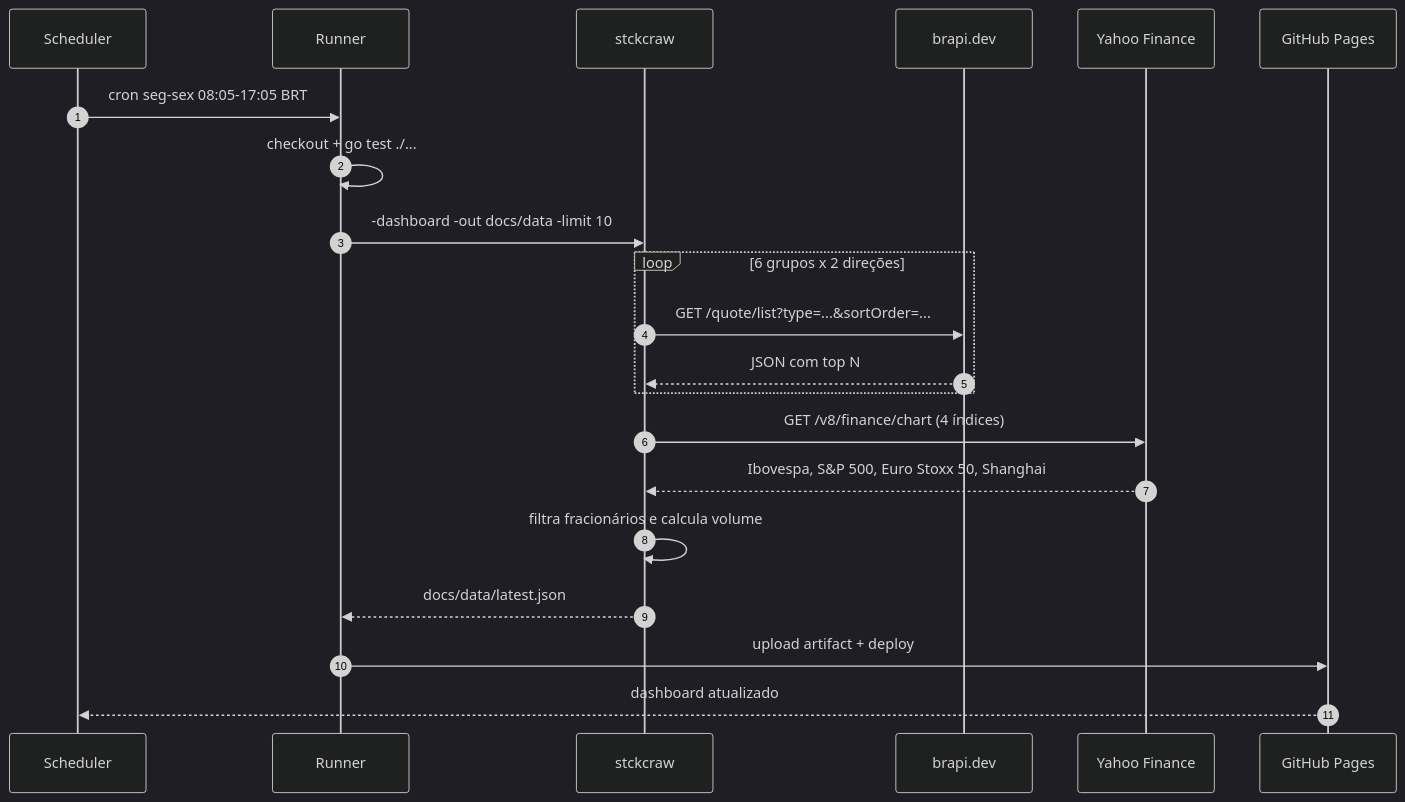
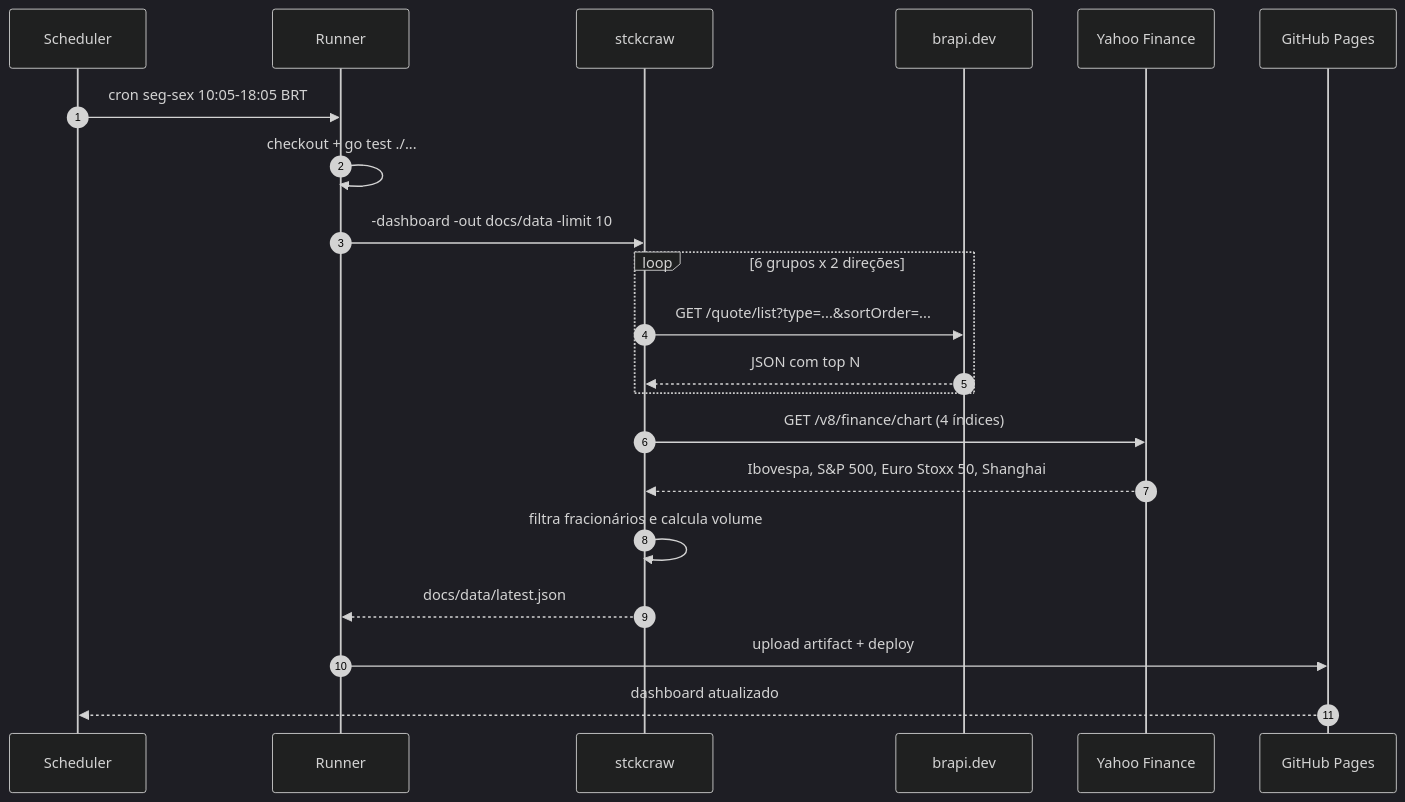
Before and after one commit to fabianoflorentino/stckcraw: the fourth of 9 diagrams in docs/architecture.md, drawn with Mermaid (dark theme). The commit also changed other lines of this file and 8 other files, not shown here.

````diff
--- a/docs/architecture.md
+++ b/docs/architecture.md
@@ -87,24 +87,24 @@
 ```mermaid
 sequenceDiagram
   autonumber
   participant S as Scheduler
   participant R as Runner
   participant C as stckcraw
   participant B as brapi.dev
   participant Y as Yahoo Finance
   participant P as GitHub Pages
 
-  S->>R: cron seg-sex 08:05-17:05 BRT
+  S->>R: cron seg-sex 10:05-18:05 BRT
   R->>R: checkout + go test ./...
   R->>C: -dashboard -out docs/data -limit 10
   loop 6 grupos x 2 direções
     C->>B: GET /quote/list?type=...&sortOrder=...
     B-->>C: JSON com top N
   end
   C->>Y: GET /v8/finance/chart (4 índices)
   Y-->>C: Ibovespa, S&P 500, Euro Stoxx 50, Shanghai
   C->>C: filtra fracionários e calcula volume
   C-->>R: docs/data/latest.json
   R->>P: upload artifact + deploy
   P-->>S: dashboard atualizado
 ```
````
